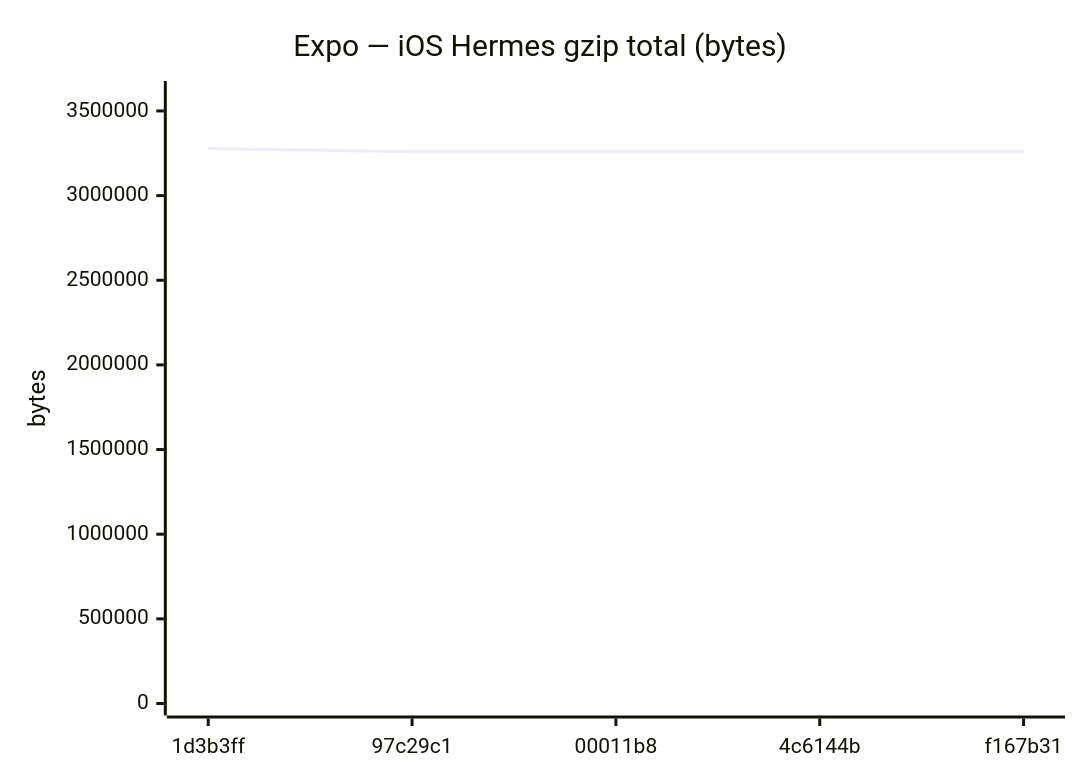
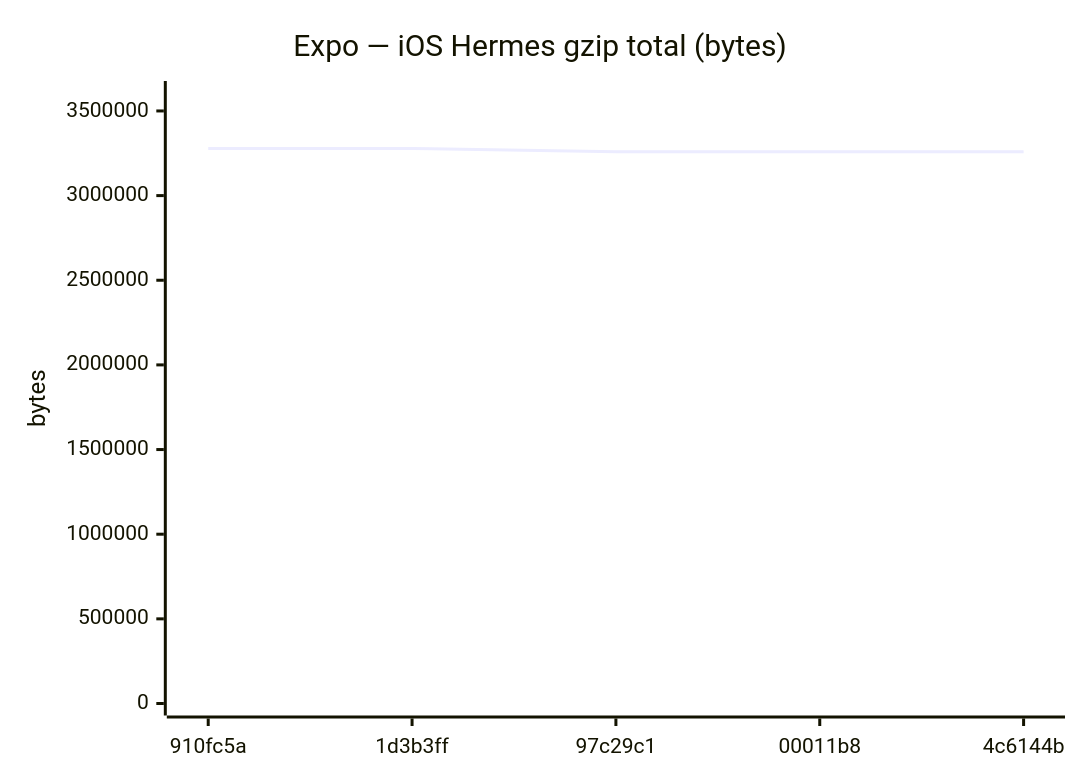
Before and after one commit to Metaheurist/Rianell: diagram 12 of 18 in benchmarks/compare.md, drawn with Mermaid. The commit also changed other lines of this file and 11 other files, not shown here.

````diff
--- a/benchmarks/compare.md
+++ b/benchmarks/compare.md
@@ -179,7 +179,7 @@
 ```mermaid
 xychart-beta
     title "Expo — iOS Hermes gzip total (bytes)"
-    x-axis ["1d3b3ff", "97c29c1", "00011b8", "4c6144b", "f167b31"]
+    x-axis ["910fc5a", "1d3b3ff", "97c29c1", "00011b8", "4c6144b"]
     y-axis "bytes" 0 --> 3606018
-    line [3278198, 3258272, 3258276, 3258273, 3258270]
+    line [3277688, 3278198, 3258272, 3258276, 3258273]
 ```
````
